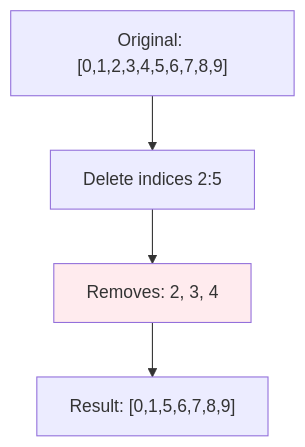
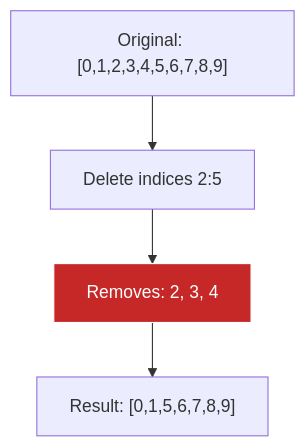
The second of 3 diagrams in jac/examples/reference/delete_statements.md (specialized806/jaseci), drawn with Mermaid before and after one commit. The commit also changed other lines of this file and 13 other files, not shown here.

Commit message:
imporve spec diagram styles

````diff
--- a/jac/examples/reference/delete_statements.md
+++ b/jac/examples/reference/delete_statements.md
@@ -61,8 +61,8 @@
 ```mermaid
 graph TD
     A["Original: [0,1,2,3,4,5,6,7,8,9]"] --> B["Delete indices 2:5"]
     B --> C["Removes: 2, 3, 4"]
     C --> D["Result: [0,1,5,6,7,8,9]"]
 
-    style C fill:#ffebee
+    style C fill:#c62828,stroke:#fff,color:#fff
 ```
````
